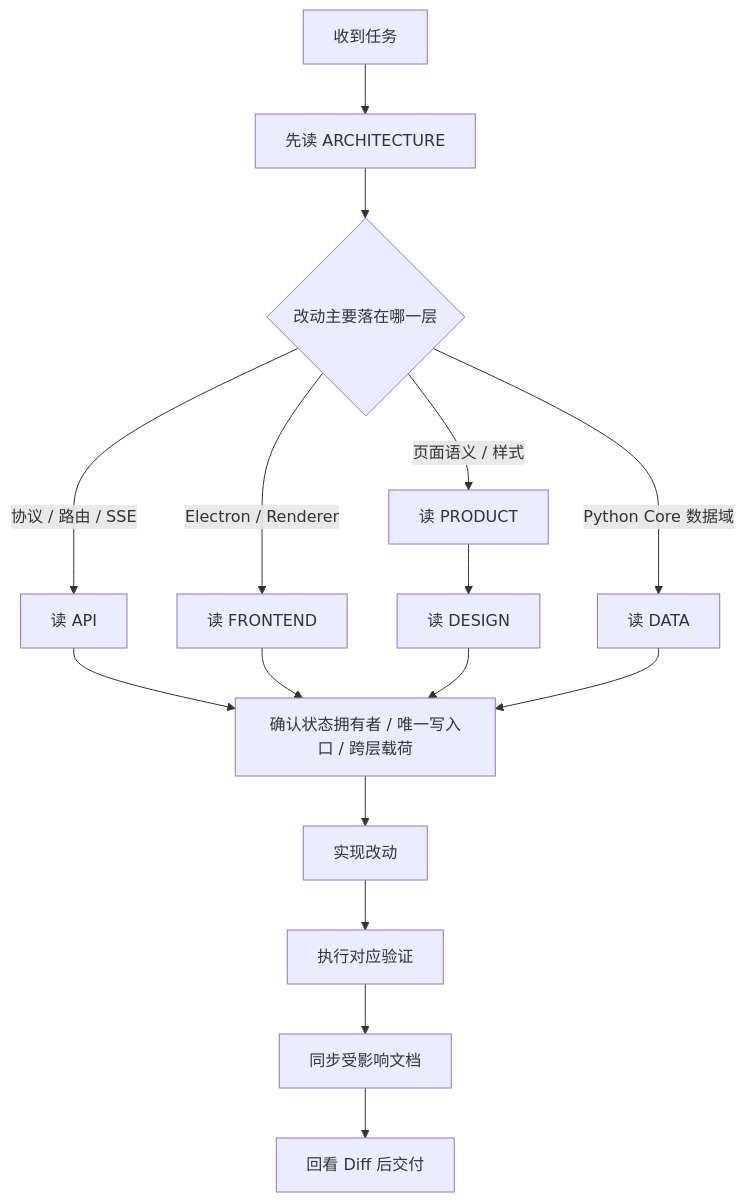
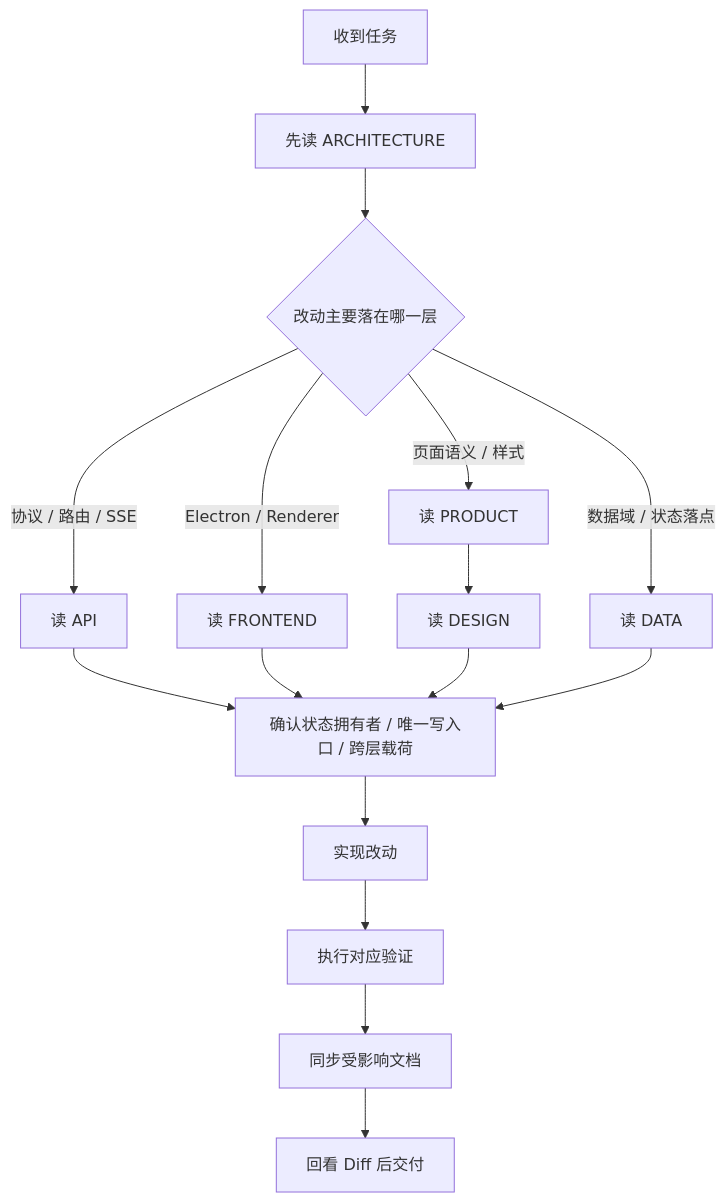
Before and after one commit to neavo/LinguaGacha: the diagram in docs/WORKFLOW.md, drawn with Mermaid. The commit also changed other lines of this file and 239 other files, not shown here.

````diff
--- a/docs/WORKFLOW.md
+++ b/docs/WORKFLOW.md
@@ -5,18 +5,18 @@
 ```mermaid
 flowchart TD
     A["收到任务"] --> B["先读 ARCHITECTURE"]
     B --> C{"改动主要落在哪一层"}
     C -->|协议 / 路由 / SSE| D["读 API"]
     C -->|Electron / Renderer| E["读 FRONTEND"]
     C -->|页面语义 / 样式| F["读 PRODUCT"]
     F --> F0["读 DESIGN"]
-    C -->|Python Core 数据域| G["读 DATA"]
+    C -->|数据域 / 状态落点| G["读 DATA"]
     D --> H["确认状态拥有者 / 唯一写入口 / 跨层载荷"]
     E --> H
     F0 --> H
     G --> H
     H --> I["实现改动"]
     I --> J["执行对应验证"]
     J --> K["同步受影响文档"]
     K --> L["回看 Diff 后交付"]
 ```
````
